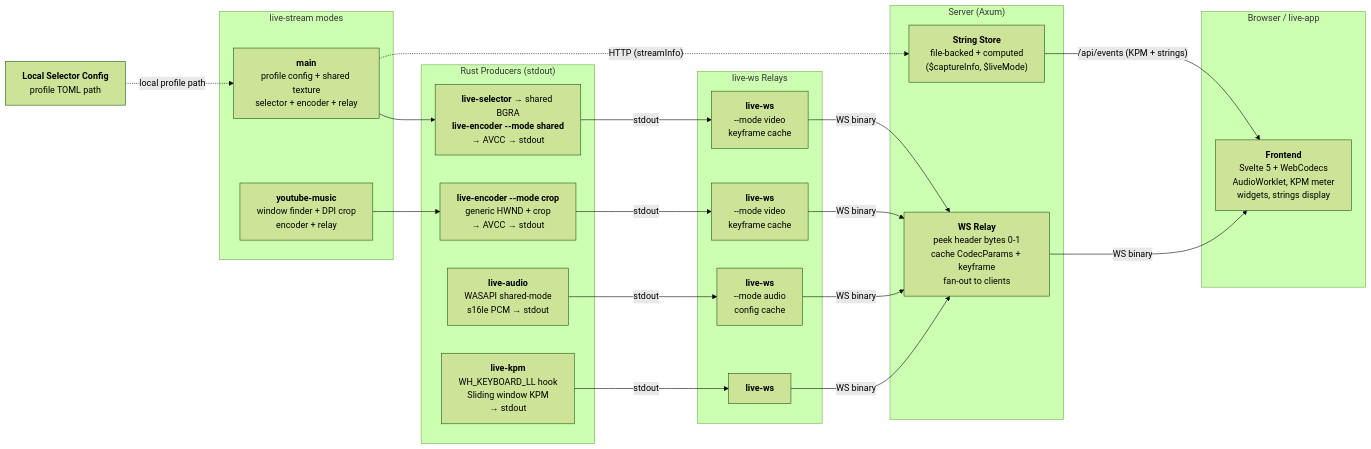
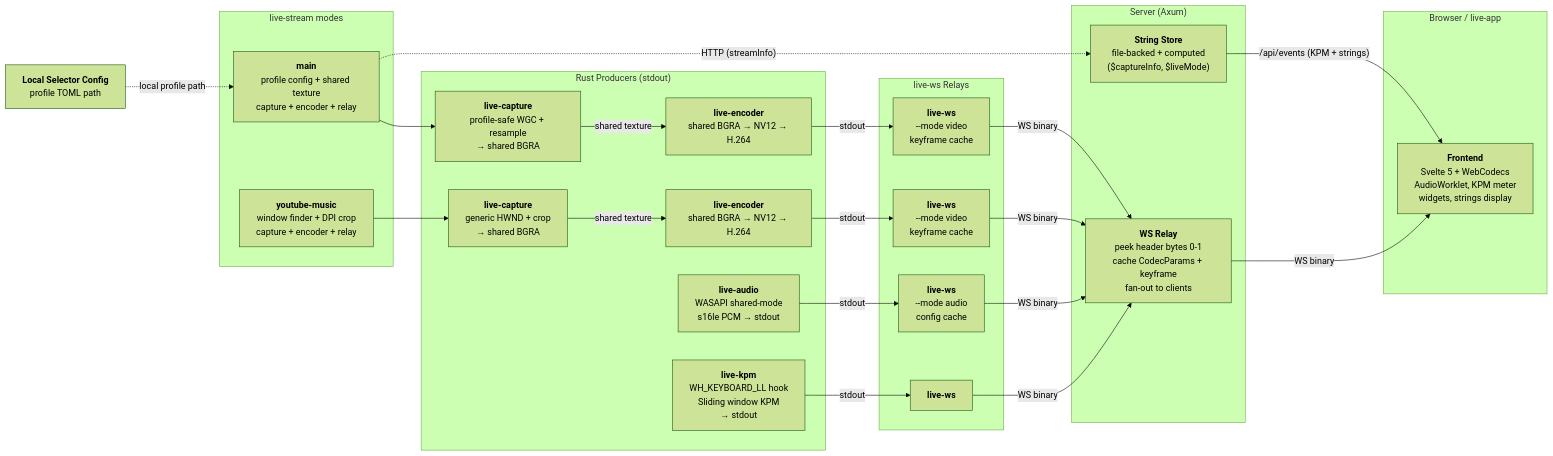
Before and after one commit to NekomaruQwQ/TurboCapture: the diagram in docs/README.md, drawn with Mermaid (forest theme). The commit also changed other lines of this file and 38 other files, not shown here.

Commit message:
Complete live stream capture and encoder cutover

````diff
--- a/docs/README.md
+++ b/docs/README.md
@@ -80,50 +79,54 @@
 ```mermaid
 graph LR
     subgraph supervisors["live-stream modes"]
-        stream_main["<b>main</b><br/>profile config + shared texture<br/>selector + encoder + relay"]
-        stream_youtube_music["<b>youtube-music</b><br/>window finder + DPI crop<br/>encoder + relay"]
+        stream_main["<b>main</b><br/>profile config + shared texture<br/>capture + encoder + relay"]
+        stream_youtube_music["<b>youtube-music</b><br/>window finder + DPI crop<br/>capture + encoder + relay"]
     end
 
     subgraph producers["Rust Producers (stdout)"]
-        capture_main["<b>live-selector</b> → shared BGRA<br/><b>live-encoder --mode shared</b><br/>→ AVCC → stdout"]
-        capture_youtube_music["<b>live-encoder --mode crop</b><br/>generic HWND + crop<br/>→ AVCC → stdout"]
+        capture_main["<b>live-capture</b><br/>profile-safe WGC + resample<br/>→ shared BGRA"]
+        capture_youtube_music["<b>live-capture</b><br/>generic HWND + crop<br/>→ shared BGRA"]
+        encoder_main["<b>live-encoder</b><br/>shared BGRA → NV12 → H.264"]
+        encoder_youtube_music["<b>live-encoder</b><br/>shared BGRA → NV12 → H.264"]
         audio["<b>live-audio</b><br/>WASAPI shared-mode<br/>s16le PCM → stdout"]
         kpm["<b>live-kpm</b><br/>WH_KEYBOARD_LL hook<br/>Sliding window KPM<br/>→ stdout"]
     end
 
     subgraph relays["live-ws Relays"]
         ws_main["<b>live-ws</b><br/>--mode video<br/>keyframe cache"]
         ws_youtube_music["<b>live-ws</b><br/>--mode video<br/>keyframe cache"]
         ws_audio["<b>live-ws</b><br/>--mode audio<br/>config cache"]
         ws_kpm["<b>live-ws</b>"]
     end
 
     config["<b>Local Selector Config</b><br/>profile TOML path"]
 
     subgraph server["Server (Axum)"]
         relay["<b>WS Relay</b><br/>peek header bytes 0-1<br/>cache CodecParams + keyframe<br/>fan-out to clients"]
         strings["<b>String Store</b><br/>file-backed + computed<br/>($captureInfo, $liveMode)"]
     end
 
     subgraph frontend["Browser / live-app"]
         viewer["<b>Frontend</b><br/>Svelte 5 + WebCodecs<br/>AudioWorklet, KPM meter<br/>widgets, strings display"]
     end
 
     stream_main --> capture_main
     stream_youtube_music --> capture_youtube_music
-    capture_main -- "stdout" --> ws_main
-    capture_youtube_music -- "stdout" --> ws_youtube_music
+    capture_main -- "shared texture" --> encoder_main
+    capture_youtube_music -- "shared texture" --> encoder_youtube_music
+    encoder_main -- "stdout" --> ws_main
+    encoder_youtube_music -- "stdout" --> ws_youtube_music
     audio -- "stdout" --> ws_audio
     kpm -- "stdout" --> ws_kpm
 
     ws_main -- "WS binary" --> relay
     ws_youtube_music -- "WS binary" --> relay
     ws_audio -- "WS binary" --> relay
     ws_kpm -- "WS binary" --> relay
 
     config -. "local profile path" .-> stream_main
     stream_main -. "HTTP (streamInfo)" .-> strings
 
     relay -- "WS binary" --> viewer
     strings -- "/api/events (KPM + strings)" --> viewer
 ```
````
